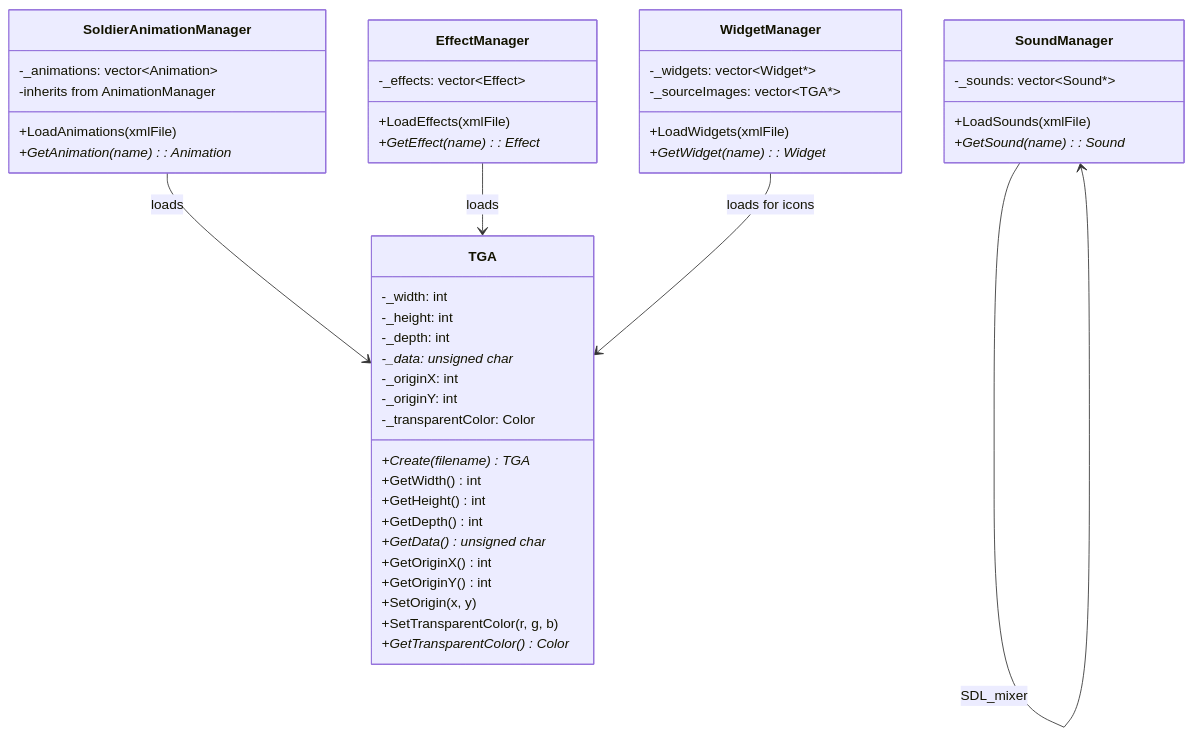
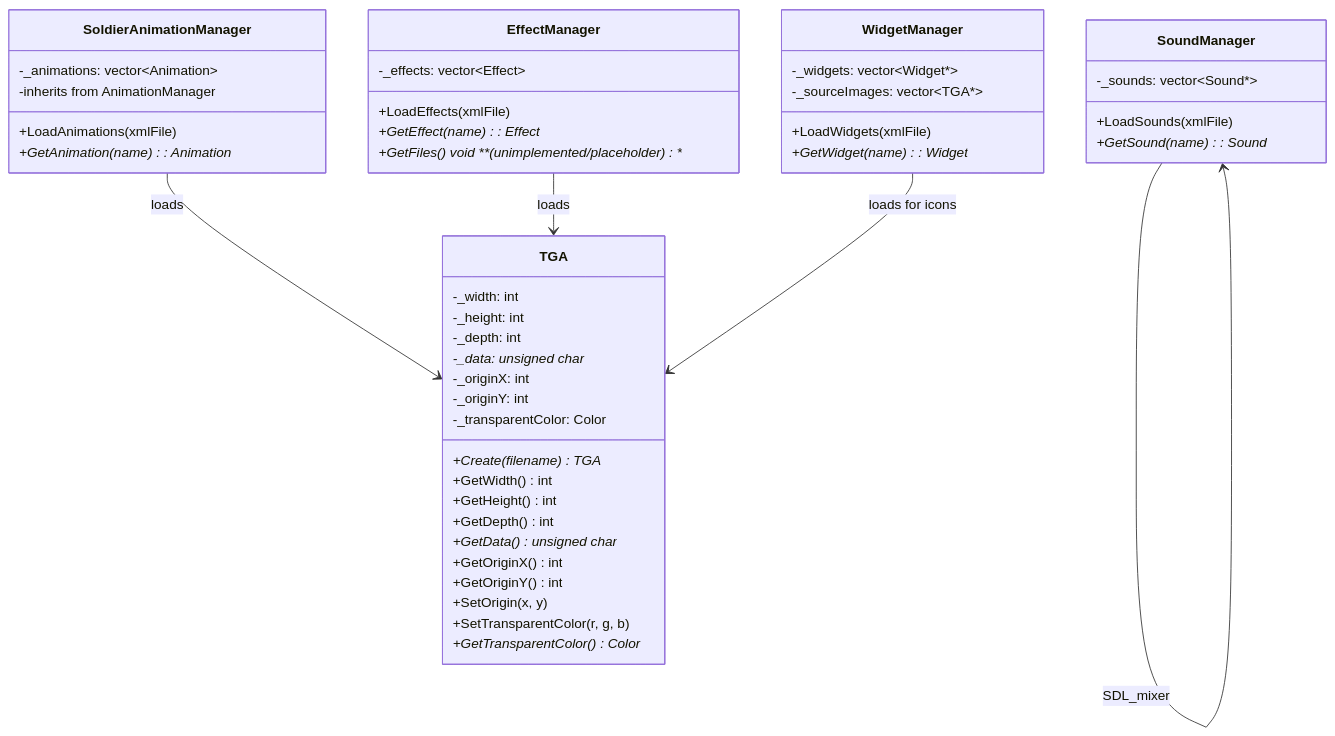
One commit to jukofyork/OpenCombat-SDL changed the fourth of 4 diagrams in docs/chapters/08-assets.md. Above: the diagram before and after it, drawn with Mermaid. The commit also changed other lines of this file and 7 other files, not shown here.

````diff
--- a/docs/chapters/08-assets.md
+++ b/docs/chapters/08-assets.md
@@ -345,53 +344,54 @@
 ```mermaid
 classDiagram
     class TGA {
         +Create(filename) TGA*
         +GetWidth() int
         +GetHeight() int
         +GetDepth() int
         +GetData() unsigned char*
         +GetOriginX() int
         +GetOriginY() int
         +SetOrigin(x, y)
         +SetTransparentColor(r, g, b)
         +GetTransparentColor() Color*
         -_width: int
         -_height: int
         -_depth: int
         -_data: unsigned char*
         -_originX: int
         -_originY: int
         -_transparentColor: Color
     }
 
     class SoldierAnimationManager {
         +LoadAnimations(xmlFile)
         +GetAnimation(name): Animation*
         -_animations: vector~Animation~
         -inherits from AnimationManager
     }
 
     class EffectManager {
         +LoadEffects(xmlFile)
         +GetEffect(name): Effect*
+        +GetFiles() void  **(unimplemented/placeholder)**
         -_effects: vector~Effect~
     }
 
     class WidgetManager {
         +LoadWidgets(xmlFile)
         +GetWidget(name): Widget*
         -_widgets: vector~Widget*~
         -_sourceImages: vector~TGA*~
     }
 
     class SoundManager {
         +LoadSounds(xmlFile)
         +GetSound(name): Sound*
         -_sounds: vector~Sound*~
     }
 
     SoldierAnimationManager --> TGA : loads
     EffectManager --> TGA : loads
     WidgetManager --> TGA : loads for icons
     SoundManager --> SoundManager : SDL_mixer
 ```
````
